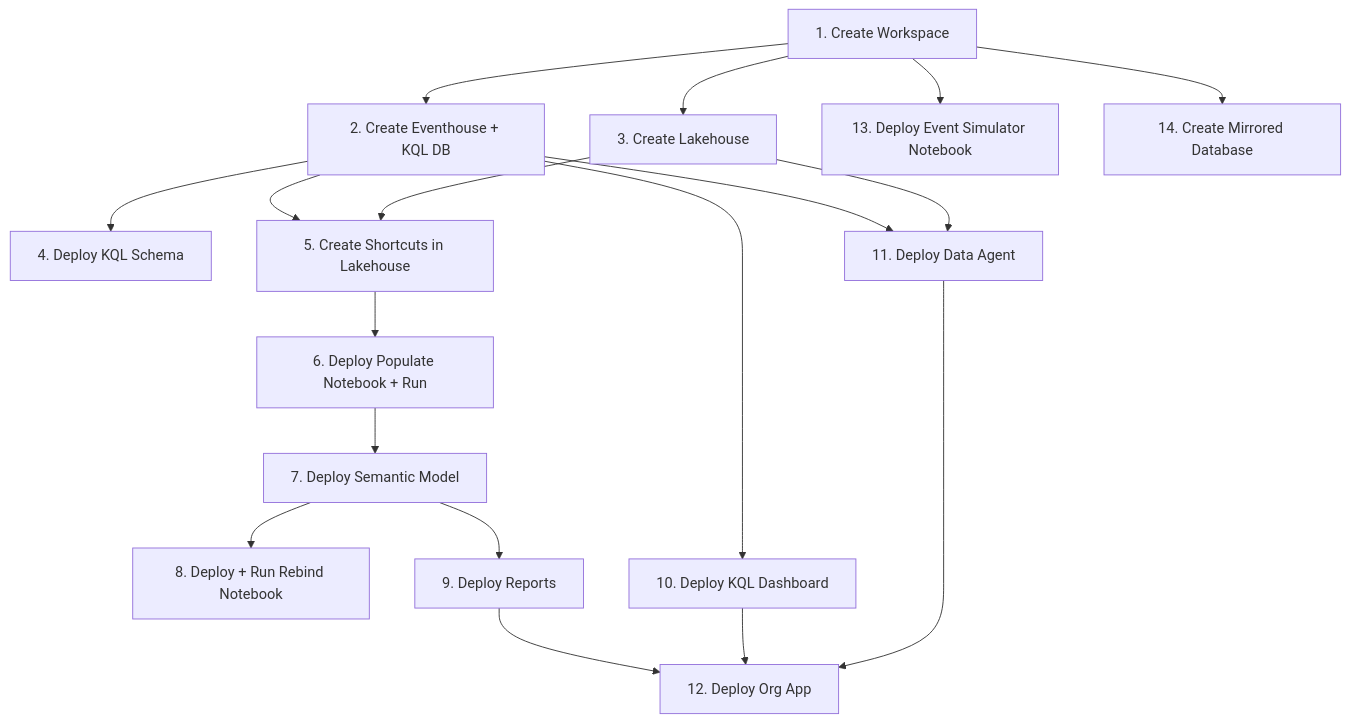
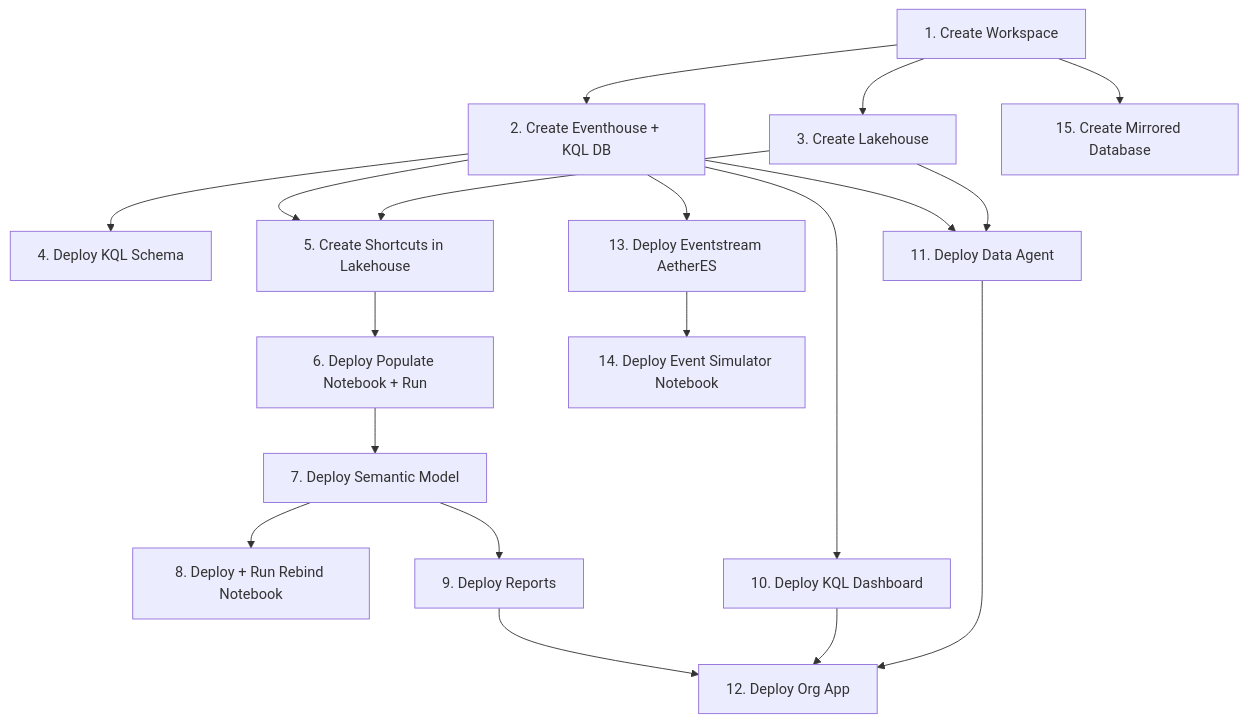
One commit to MitchSS/FabricMystery changed the first of 2 diagrams in PLAN.md. Above: the diagram before and after it, drawn with Mermaid. The commit also changed other lines of this file and 5 other files, not shown here.

Commit message:
Automate Event Hub connection via AetherES Eventstream in deploy

````diff
--- a/PLAN.md
+++ b/PLAN.md
@@ -50,20 +50,21 @@
 ```mermaid
 flowchart TD
     A[1. Create Workspace] --> B[2. Create Eventhouse + KQL DB]
     A --> C[3. Create Lakehouse]
     B --> D[4. Deploy KQL Schema]
     B --> E[5. Create Shortcuts in Lakehouse]
     C --> E
     E --> F[6. Deploy Populate Notebook + Run]
     F --> G[7. Deploy Semantic Model]
     G --> H[8. Deploy + Run Rebind Notebook]
     G --> I[9. Deploy Reports]
     B --> J[10. Deploy KQL Dashboard]
     B --> K[11. Deploy Data Agent]
     C --> K
     I --> L[12. Deploy Org App]
     J --> L
     K --> L
-    A --> M[13. Deploy Event Simulator Notebook]
-    A --> N[14. Create Mirrored Database]
+    B --> ES[13. Deploy Eventstream AetherES]
+    ES --> M[14. Deploy Event Simulator Notebook]
+    A --> N[15. Create Mirrored Database]
 ```
````
